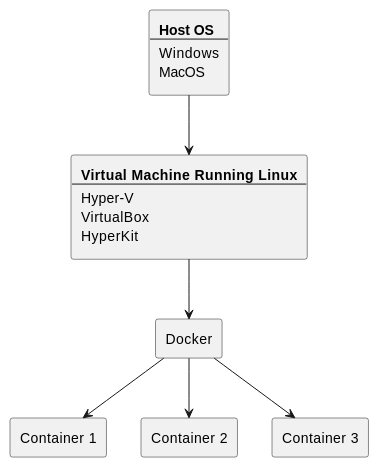
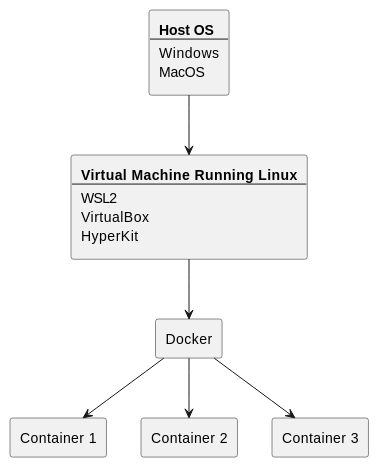
One commit to rxt1077/it610 changed the first of 3 diagrams in docs/slides/containers.adoc. Above: the diagram before and after it, drawn with PlantUML. The commit also changed 36 other files, not shown here.

```diff
--- a/docs/slides/containers.adoc
+++ b/docs/slides/containers.adoc
@@ -15,28 +15,28 @@
 [plantuml, container-desktop, svg, width=50%]
 ....
 @startuml
 rectangle host [
     <b>Host OS
     ---
     Windows
     MacOS
 ]
 rectangle vm [
     <b>Virtual Machine Running Linux
     ---
-    Hyper-V
+    WSL2
     VirtualBox
     HyperKit
 ]
 rectangle docker as "Docker"
 rectangle container1 as "Container 1"
 rectangle container2 as "Container 2"
 rectangle container3 as "Container 3"
 
 host --> vm
 vm --> docker
 docker --> container1
 docker --> container2
 docker --> container3
 @enduml
 ....
```
